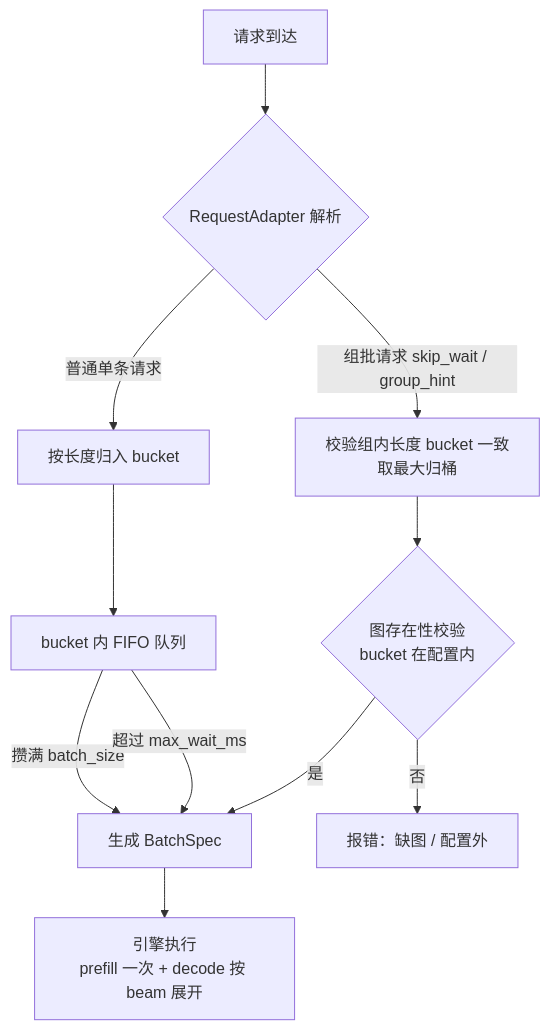
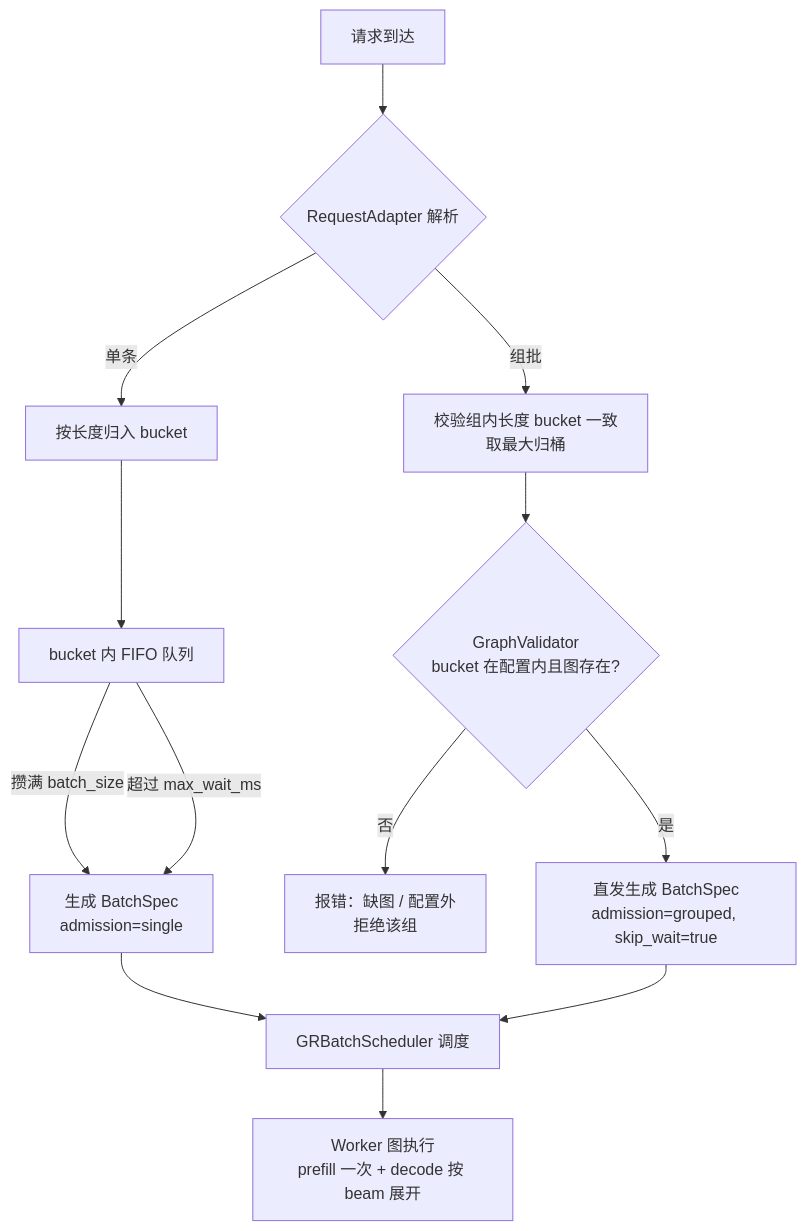
Before and after one commit to ZhiYunpenghuawei/p1: the fourth of 10 diagrams in scheduler_plugin_architecture.md, drawn with Mermaid. The commit also changed other lines of this file, not shown here.

````diff
--- a/scheduler_plugin_architecture.md
+++ b/scheduler_plugin_architecture.md
@@ -68,13 +182,15 @@
 ```mermaid
 flowchart TD
     R[请求到达] --> P{RequestAdapter 解析}
-    P -->|普通单条请求| B1[按长度归入 bucket]
+    P -->|单条| B1[按长度归入 bucket]
     B1 --> Q[bucket 内 FIFO 队列]
-    Q -->|攒满 batch_size| D[生成 BatchSpec]
+    Q -->|攒满 batch_size| D[生成 BatchSpec<br>admission=single]
     Q -->|超过 max_wait_ms| D
-    P -->|组批请求 skip_wait / group_hint| B2[校验组内长度 bucket 一致<br>取最大归桶]
-    B2 --> V{图存在性校验<br>bucket 在配置内}
-    V -->|否| ERR[报错：缺图 / 配置外]
-    V -->|是| D
-    D --> E[引擎执行<br>prefill 一次 + decode 按 beam 展开]
+    P -->|组批| B2[校验组内长度 bucket 一致<br>取最大归桶]
+    B2 --> V{GraphValidator<br>bucket 在配置内且图存在?}
+    V -->|否| ERR[报错：缺图 / 配置外<br>拒绝该组]
+    V -->|是| D2[直发生成 BatchSpec<br>admission=grouped, skip_wait=true]
+    D --> E[GRBatchScheduler 调度]
+    D2 --> E
+    E --> W[Worker 图执行<br>prefill 一次 + decode 按 beam 展开]
 ```
````
